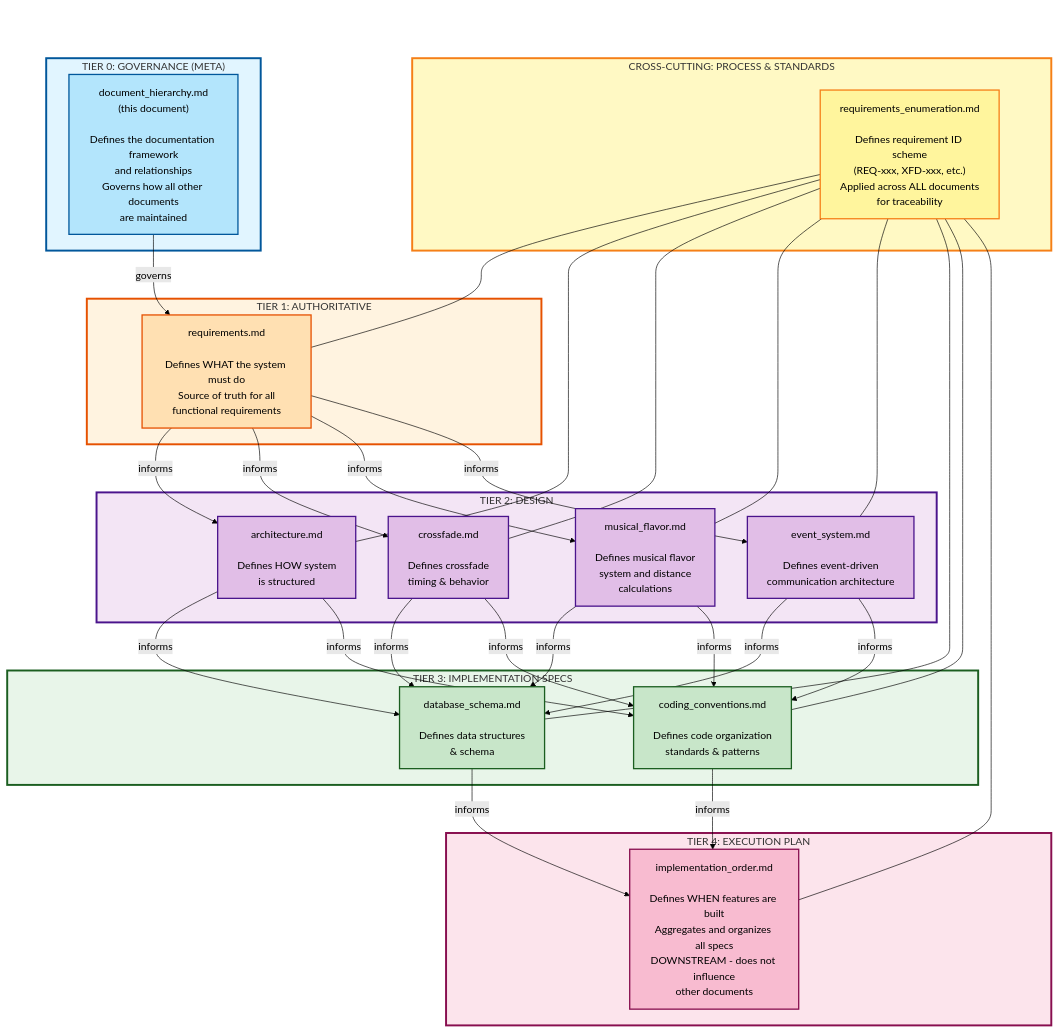
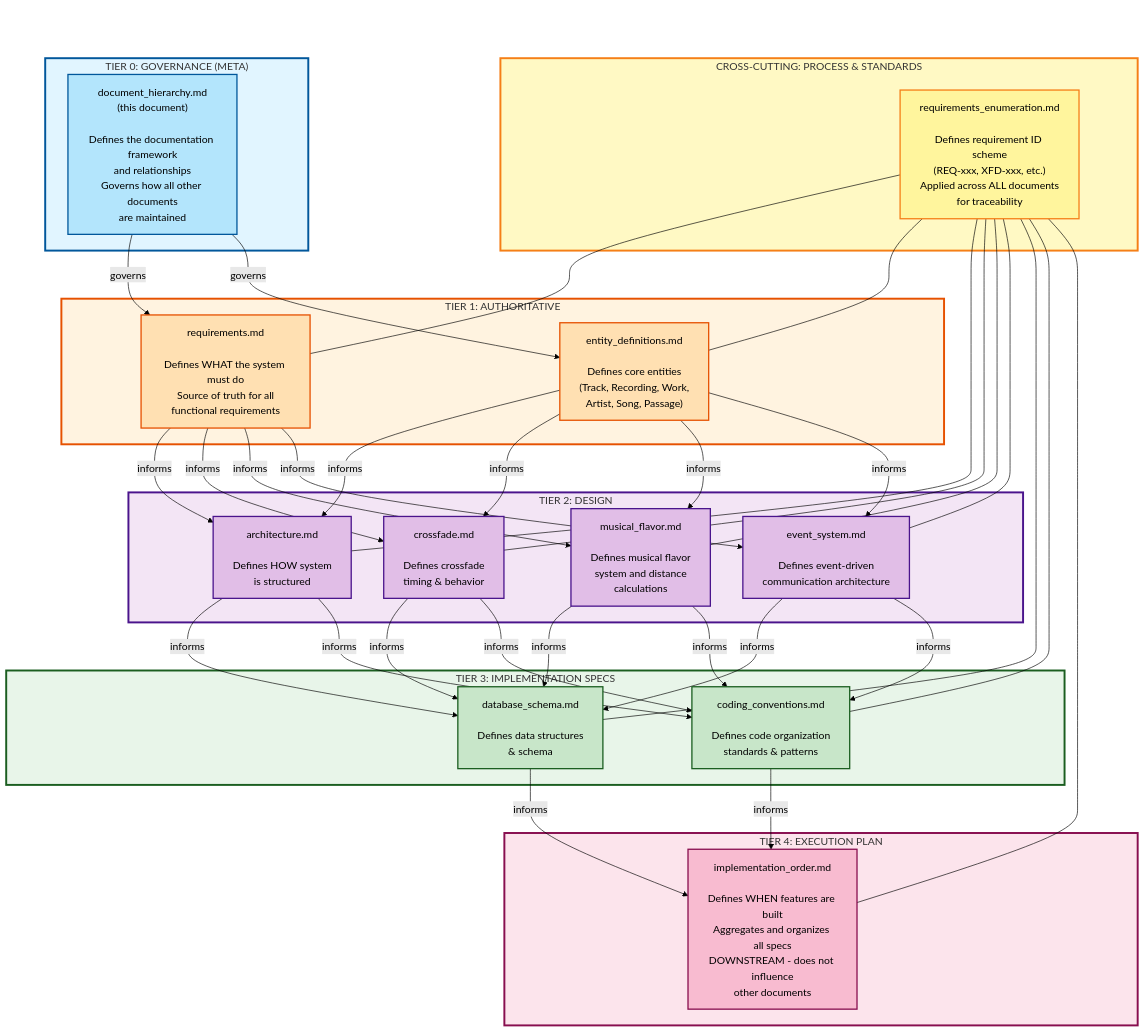
Before and after one commit to MangoCats/McRhythm: the diagram in document_hierarchy.md, drawn with Mermaid (forest theme). The commit also changed other lines of this file and 4 other files, not shown here.

Commit message:
separate and expand on entity definitions

````diff
--- a/document_hierarchy.md
+++ b/document_hierarchy.md
@@ -21,61 +21,63 @@
 ```mermaid
 flowchart TD
     subgraph T0["TIER 0: GOVERNANCE (META)"]
         DH["document_hierarchy.md<br/>(this document)<br/><br/>Defines the documentation framework<br/>and relationships<br/>Governs how all other documents<br/>are maintained"]
     end
 
     subgraph T1["TIER 1: AUTHORITATIVE"]
         REQ["requirements.md<br/><br/>Defines WHAT the system must do<br/>Source of truth for all<br/>functional requirements"]
+        ENT["entity_definitions.md<br/><br/>Defines core entities<br/>(Track, Recording, Work,<br/>Artist, Song, Passage)"]
     end
 
     subgraph T2["TIER 2: DESIGN"]
         ARCH["architecture.md<br/><br/>Defines HOW system<br/>is structured"]
         XFD["crossfade.md<br/><br/>Defines crossfade<br/>timing & behavior"]
         FLV["musical_flavor.md<br/><br/>Defines musical flavor<br/>system and distance<br/>calculations"]
         EVT["event_system.md<br/><br/>Defines event-driven<br/>communication architecture"]
     end
 
     T2_SPACER[" "]:::invisible
 
     subgraph T3["TIER 3: IMPLEMENTATION SPECS"]
         DB["database_schema.md<br/><br/>Defines data structures<br/>& schema"]
         CODE["coding_conventions.md<br/><br/>Defines code organization<br/>standards & patterns"]
     end
 
     subgraph CC["CROSS-CUTTING: PROCESS & STANDARDS"]
         ENUM["requirements_enumeration.md<br/><br/>Defines requirement ID scheme<br/>(REQ-xxx, XFD-xxx, etc.)<br/>Applied across ALL documents<br/>for traceability"]
     end
 
     subgraph T4["TIER 4: EXECUTION PLAN"]
         IMPL["implementation_order.md<br/><br/>Defines WHEN features are built<br/>Aggregates and organizes all specs<br/>DOWNSTREAM - does not influence<br/>other documents"]
     end
 
-    DH -->|governs| REQ
-    REQ -->|informs| ARCH & XFD & FLV & EVT
+    DH -->|governs| REQ & ENT
+    REQ & ENT -->|informs| ARCH & XFD & FLV & EVT
     T2_SPACER ~~~ T3
     T2_SPACER ~~~ CC
     ARCH & XFD & FLV & EVT -->|informs| DB & CODE
     DB & CODE -->|informs| IMPL
 
-    ENUM --- REQ & ARCH & XFD & FLV & EVT & DB & CODE & IMPL
+    ENUM --- REQ & ENT & ARCH & XFD & FLV & EVT & DB & CODE & IMPL
 
     style T0 fill:#e1f5ff,stroke:#01579b,stroke-width:3px
     style T1 fill:#fff3e0,stroke:#e65100,stroke-width:3px
     style T2 fill:#f3e5f5,stroke:#4a148c,stroke-width:3px
     style T3 fill:#e8f5e9,stroke:#1b5e20,stroke-width:3px
     style CC fill:#fff9c4,stroke:#f57f17,stroke-width:3px
     style T4 fill:#fce4ec,stroke:#880e4f,stroke-width:3px
 
     style DH fill:#b3e5fc,stroke:#01579b,stroke-width:2px
     style REQ fill:#ffe0b2,stroke:#e65100,stroke-width:2px
+    style ENT fill:#ffe0b2,stroke:#e65100,stroke-width:2px
     style ARCH fill:#e1bee7,stroke:#4a148c,stroke-width:2px
     style XFD fill:#e1bee7,stroke:#4a148c,stroke-width:2px
     style FLV fill:#e1bee7,stroke:#4a148c,stroke-width:2px
     style EVT fill:#e1bee7,stroke:#4a148c,stroke-width:2px
     style ENUM fill:#fff59d,stroke:#f57f17,stroke-width:2px
     style DB fill:#c8e6c9,stroke:#1b5e20,stroke-width:2px
     style CODE fill:#c8e6c9,stroke:#1b5e20,stroke-width:2px
     style IMPL fill:#f8bbd0,stroke:#880e4f,stroke-width:2px
 
     classDef invisible fill:none,stroke:none
 ```
````
